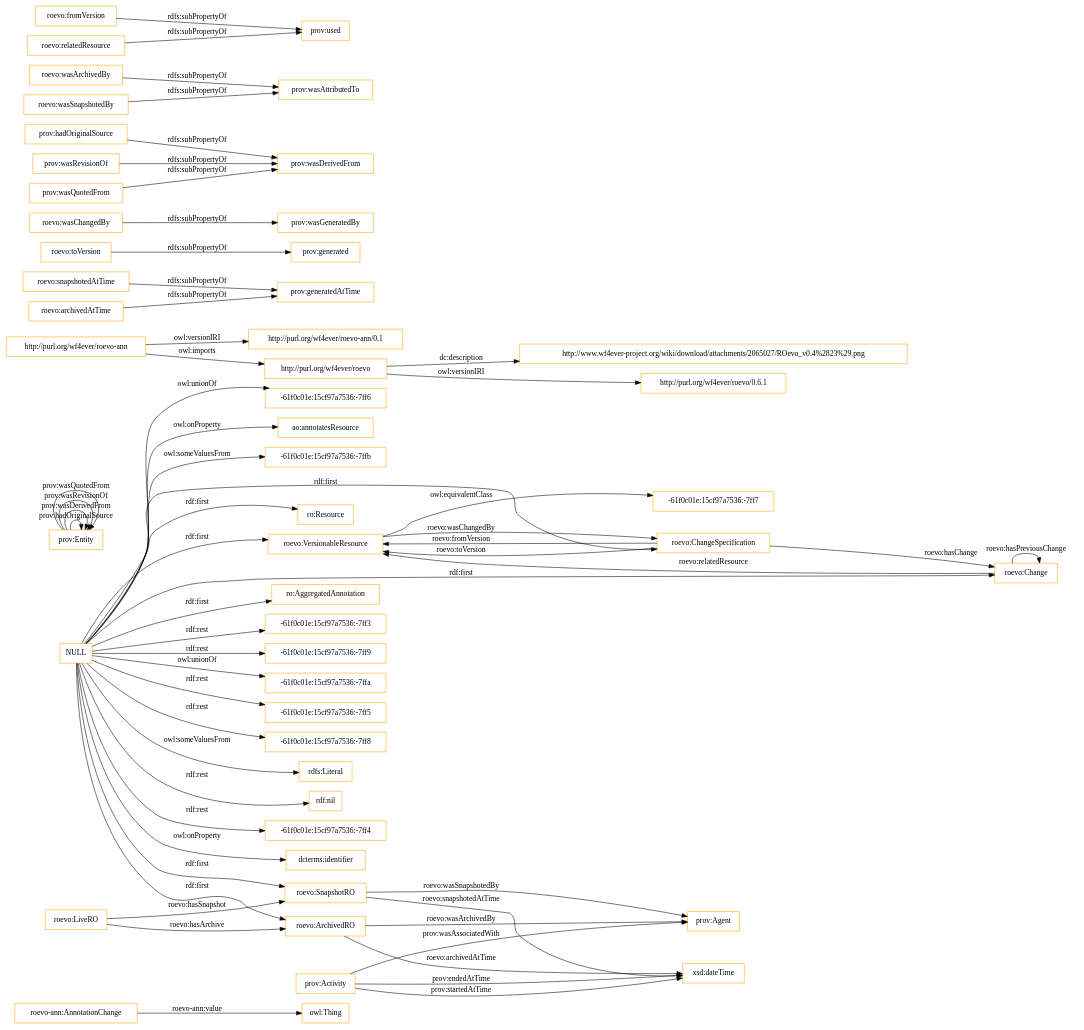
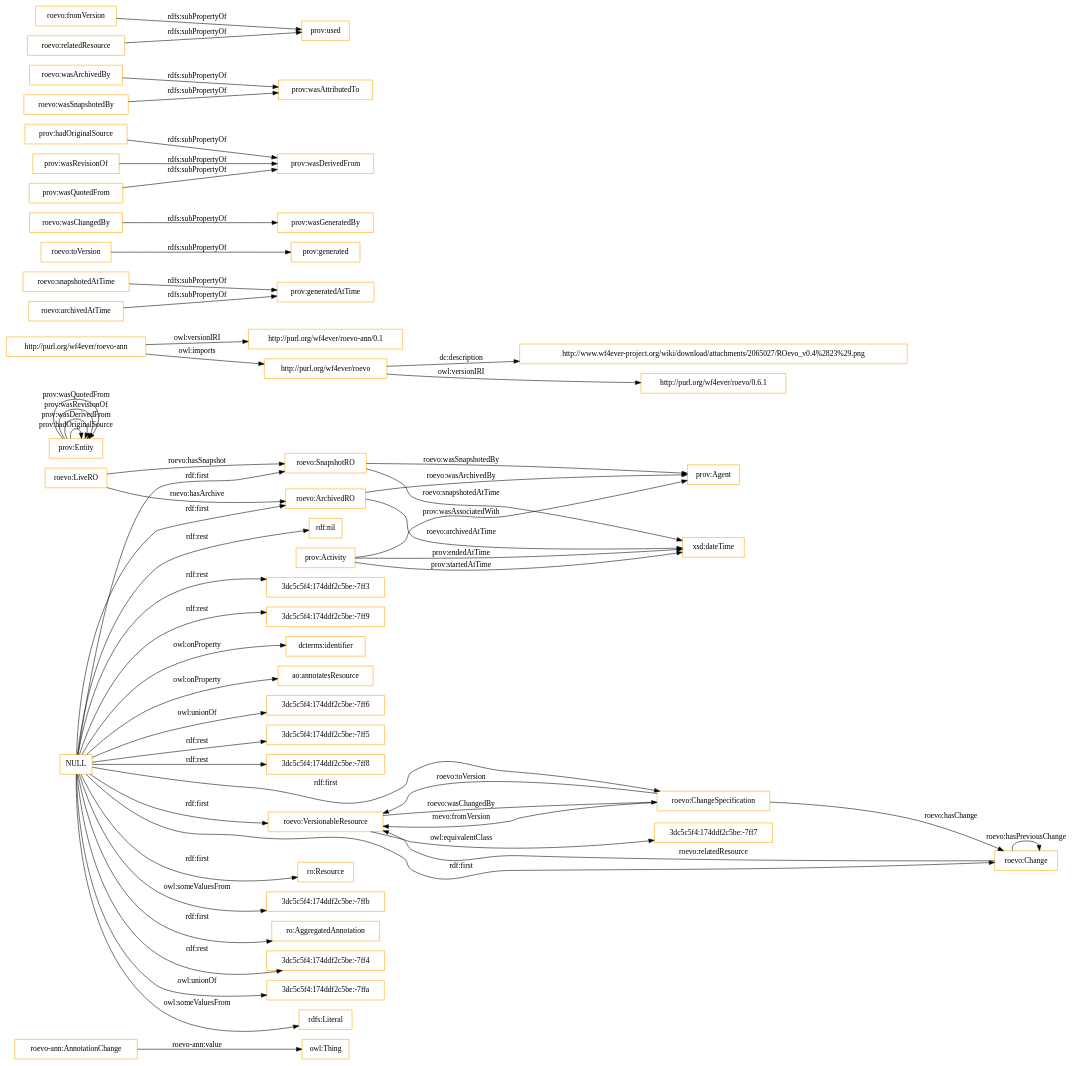
Before and after one commit to ahmad88me/ro: the diagram in OnToology/evolutionExtensions/roevo-ann.owl/diagrams/ar2dtool-class/roevo-ann.owl.png.dot, drawn with Graphviz. The commit also changed 231 other files, not shown here.

```diff
--- a/OnToology/evolutionExtensions/roevo-ann.owl/diagrams/ar2dtool-class/roevo-ann.owl.png.dot
+++ b/OnToology/evolutionExtensions/roevo-ann.owl/diagrams/ar2dtool-class/roevo-ann.owl.png.dot
@@ -1,61 +1,61 @@
 digraph ar2dtool_diagram { 
 rankdir=LR;
 size="1501"
-node [shape = rectangle, color="orange"]; "roevo-ann:AnnotationChange" "-61f0c01e:15cf97a7536:-7ffb" "prov:Agent" "roevo:VersionableResource" "ro:Resource" "roevo:LiveRO" "roevo:ChangeSpecification" "-61f0c01e:15cf97a7536:-7ff7" "roevo:SnapshotRO" "roevo:Change" "roevo:ArchivedRO" "ro:AggregatedAnnotation" "prov:Entity" "prov:Activity" ; /*classes style*/
-	"NULL" -> "-61f0c01e:15cf97a7536:-7ff3" [ label = "rdf:rest" ];
-	"NULL" -> "-61f0c01e:15cf97a7536:-7ff9" [ label = "rdf:rest" ];
-	"NULL" -> "-61f0c01e:15cf97a7536:-7ffa" [ label = "owl:unionOf" ];
+node [shape = rectangle, color="orange"]; "roevo-ann:AnnotationChange" "prov:Agent" "roevo:VersionableResource" "ro:Resource" "roevo:LiveRO" "roevo:ChangeSpecification" "3dc5c5f4:174ddf2c5be:-7ffb" "roevo:SnapshotRO" "roevo:Change" "3dc5c5f4:174ddf2c5be:-7ff7" "roevo:ArchivedRO" "ro:AggregatedAnnotation" "prov:Entity" "prov:Activity" ; /*classes style*/
 	"NULL" -> "ro:Resource" [ label = "rdf:first" ];
 	"NULL" -> "ro:AggregatedAnnotation" [ label = "rdf:first" ];
+	"NULL" -> "3dc5c5f4:174ddf2c5be:-7ff4" [ label = "rdf:rest" ];
 	"NULL" -> "roevo:ArchivedRO" [ label = "rdf:first" ];
+	"NULL" -> "3dc5c5f4:174ddf2c5be:-7ffa" [ label = "owl:unionOf" ];
 	"NULL" -> "roevo:SnapshotRO" [ label = "rdf:first" ];
 	"NULL" -> "roevo:Change" [ label = "rdf:first" ];
-	"NULL" -> "-61f0c01e:15cf97a7536:-7ff5" [ label = "rdf:rest" ];
-	"NULL" -> "-61f0c01e:15cf97a7536:-7ff8" [ label = "rdf:rest" ];
 	"NULL" -> "roevo:ChangeSpecification" [ label = "rdf:first" ];
 	"NULL" -> "rdfs:Literal" [ label = "owl:someValuesFrom" ];
+	"NULL" -> "3dc5c5f4:174ddf2c5be:-7ffb" [ label = "owl:someValuesFrom" ];
 	"NULL" -> "rdf:nil" [ label = "rdf:rest" ];
 	"NULL" -> "roevo:VersionableResource" [ label = "rdf:first" ];
-	"NULL" -> "-61f0c01e:15cf97a7536:-7ff4" [ label = "rdf:rest" ];
+	"NULL" -> "3dc5c5f4:174ddf2c5be:-7ff3" [ label = "rdf:rest" ];
+	"NULL" -> "3dc5c5f4:174ddf2c5be:-7ff9" [ label = "rdf:rest" ];
 	"NULL" -> "dcterms:identifier" [ label = "owl:onProperty" ];
-	"NULL" -> "-61f0c01e:15cf97a7536:-7ff6" [ label = "owl:unionOf" ];
 	"NULL" -> "ao:annotatesResource" [ label = "owl:onProperty" ];
-	"NULL" -> "-61f0c01e:15cf97a7536:-7ffb" [ label = "owl:someValuesFrom" ];
+	"NULL" -> "3dc5c5f4:174ddf2c5be:-7ff6" [ label = "owl:unionOf" ];
+	"NULL" -> "3dc5c5f4:174ddf2c5be:-7ff5" [ label = "rdf:rest" ];
+	"NULL" -> "3dc5c5f4:174ddf2c5be:-7ff8" [ label = "rdf:rest" ];
 	"http://purl.org/wf4ever/roevo-ann" -> "http://purl.org/wf4ever/roevo-ann/0.1" [ label = "owl:versionIRI" ];
 	"http://purl.org/wf4ever/roevo-ann" -> "http://purl.org/wf4ever/roevo" [ label = "owl:imports" ];
 	"roevo:snapshotedAtTime" -> "prov:generatedAtTime" [ label = "rdfs:subPropertyOf" ];
-	"roevo:VersionableResource" -> "-61f0c01e:15cf97a7536:-7ff7" [ label = "owl:equivalentClass" ];
+	"roevo:VersionableResource" -> "3dc5c5f4:174ddf2c5be:-7ff7" [ label = "owl:equivalentClass" ];
 	"roevo:toVersion" -> "prov:generated" [ label = "rdfs:subPropertyOf" ];
 	"http://purl.org/wf4ever/roevo" -> "http://www.wf4ever-project.org/wiki/download/attachments/2065027/ROevo_v0.4%2823%29.png" [ label = "dc:description" ];
 	"http://purl.org/wf4ever/roevo" -> "http://purl.org/wf4ever/roevo/0.6.1" [ label = "owl:versionIRI" ];
 	"roevo:wasChangedBy" -> "prov:wasGeneratedBy" [ label = "rdfs:subPropertyOf" ];
 	"prov:hadOriginalSource" -> "prov:wasDerivedFrom" [ label = "rdfs:subPropertyOf" ];
 	"roevo:wasArchivedBy" -> "prov:wasAttributedTo" [ label = "rdfs:subPropertyOf" ];
 	"prov:wasRevisionOf" -> "prov:wasDerivedFrom" [ label = "rdfs:subPropertyOf" ];
 	"roevo:archivedAtTime" -> "prov:generatedAtTime" [ label = "rdfs:subPropertyOf" ];
 	"roevo:fromVersion" -> "prov:used" [ label = "rdfs:subPropertyOf" ];
 	"prov:wasQuotedFrom" -> "prov:wasDerivedFrom" [ label = "rdfs:subPropertyOf" ];
 	"roevo:relatedResource" -> "prov:used" [ label = "rdfs:subPropertyOf" ];
 	"roevo:wasSnapshotedBy" -> "prov:wasAttributedTo" [ label = "rdfs:subPropertyOf" ];
 	"roevo-ann:AnnotationChange" -> "owl:Thing" [ label = "roevo-ann:value" ];
 	"roevo:ChangeSpecification" -> "roevo:VersionableResource" [ label = "roevo:fromVersion" ];
 	"roevo:ChangeSpecification" -> "roevo:Change" [ label = "roevo:hasChange" ];
 	"prov:Activity" -> "prov:Agent" [ label = "prov:wasAssociatedWith" ];
 	"roevo:Change" -> "roevo:VersionableResource" [ label = "roevo:relatedResource" ];
 	"prov:Activity" -> "xsd:dateTime" [ label = "prov:endedAtTime" ];
 	"roevo:ChangeSpecification" -> "roevo:VersionableResource" [ label = "roevo:toVersion" ];
 	"roevo:ArchivedRO" -> "xsd:dateTime" [ label = "roevo:archivedAtTime" ];
 	"roevo:SnapshotRO" -> "prov:Agent" [ label = "roevo:wasSnapshotedBy" ];
 	"prov:Entity" -> "prov:Entity" [ label = "prov:hadOriginalSource" ];
 	"prov:Entity" -> "prov:Entity" [ label = "prov:wasDerivedFrom" ];
 	"roevo:SnapshotRO" -> "xsd:dateTime" [ label = "roevo:snapshotedAtTime" ];
 	"prov:Activity" -> "xsd:dateTime" [ label = "prov:startedAtTime" ];
 	"roevo:ArchivedRO" -> "prov:Agent" [ label = "roevo:wasArchivedBy" ];
 	"prov:Entity" -> "prov:Entity" [ label = "prov:wasRevisionOf" ];
 	"roevo:LiveRO" -> "roevo:SnapshotRO" [ label = "roevo:hasSnapshot" ];
 	"roevo:LiveRO" -> "roevo:ArchivedRO" [ label = "roevo:hasArchive" ];
 	"prov:Entity" -> "prov:Entity" [ label = "prov:wasQuotedFrom" ];
 	"roevo:VersionableResource" -> "roevo:ChangeSpecification" [ label = "roevo:wasChangedBy" ];
 	"roevo:Change" -> "roevo:Change" [ label = "roevo:hasPreviousChange" ];
 
 }
```
